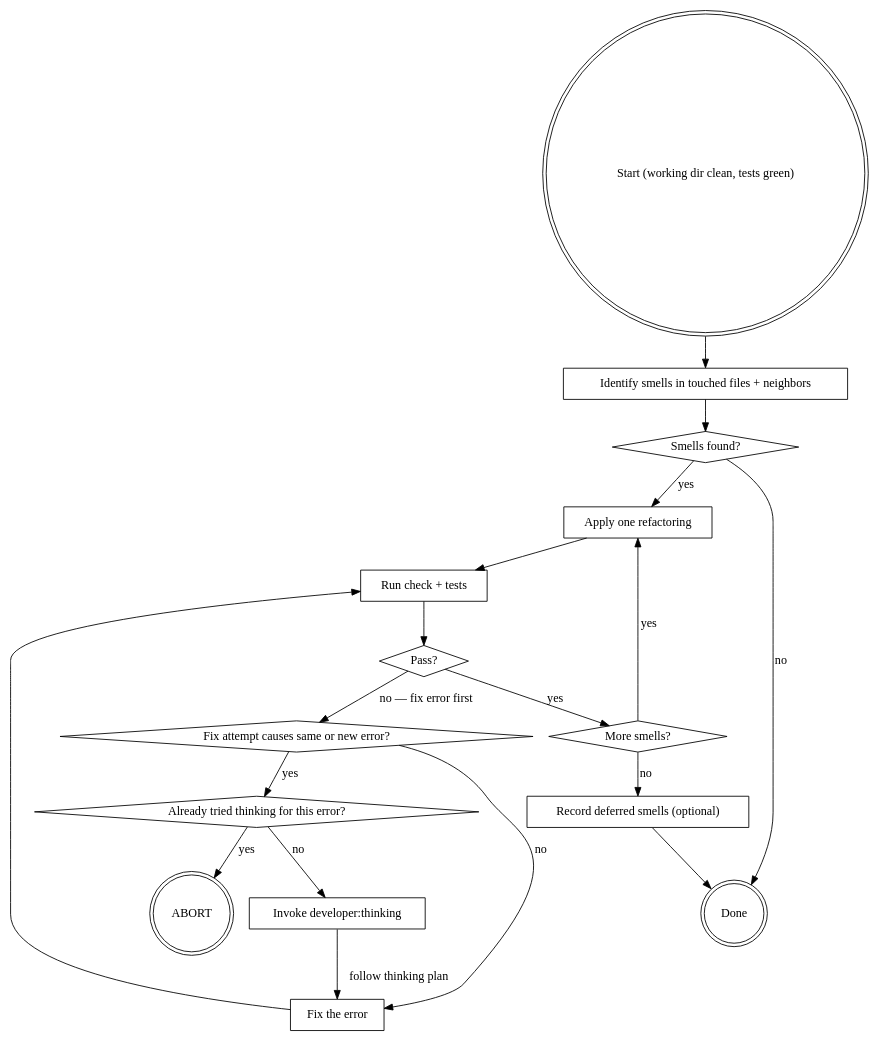
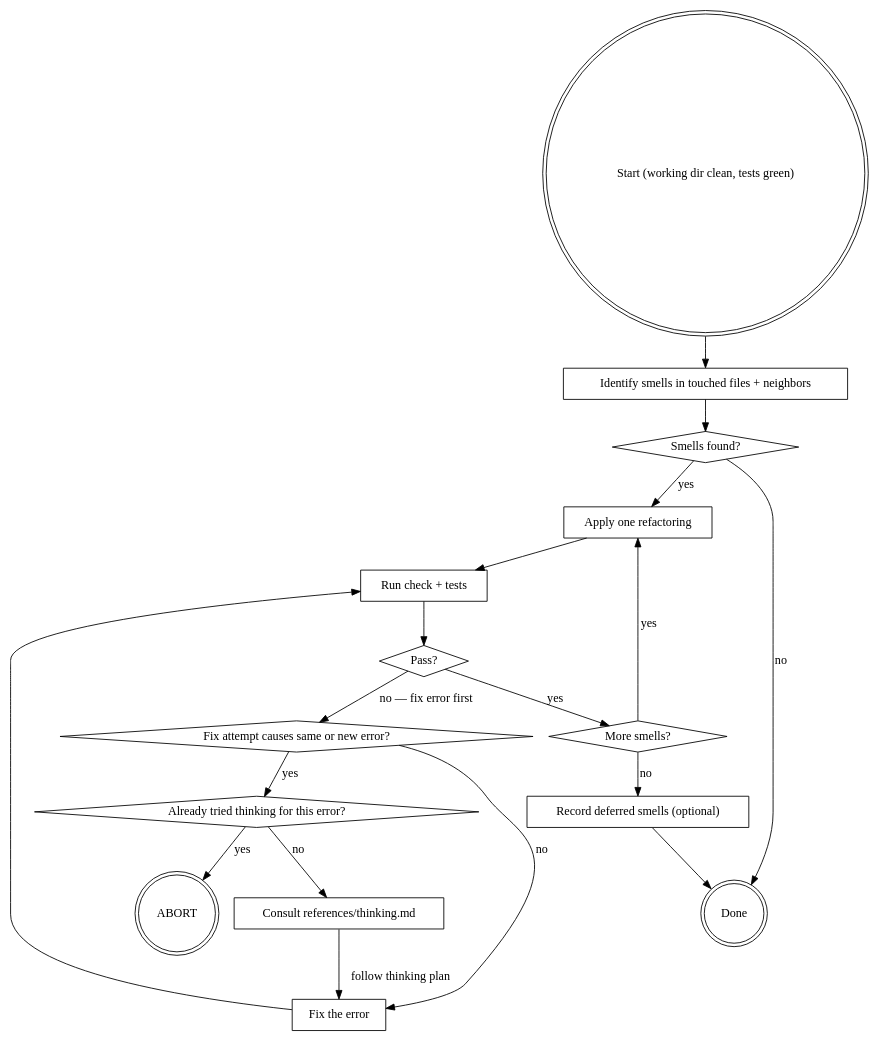
Before and after one commit to DavidSouther/domain-driven-design: the diagram in developer/skills/ailly/references/refactor.md, drawn with Graphviz. The commit also changed other lines of this file and 35 other files, not shown here.

````diff
--- a/developer/skills/ailly/references/refactor.md
+++ b/developer/skills/ailly/references/refactor.md
@@ -72,36 +72,36 @@
 ```dot
 digraph refactor {
     start [shape=doublecircle label="Start (working dir clean, tests green)"];
     identify [shape=box label="Identify smells in touched files + neighbors"];
     smells_found [shape=diamond label="Smells found?"];
     apply [shape=box label="Apply one refactoring"];
     run_checks [shape=box label="Run check + tests"];
     pass [shape=diamond label="Pass?"];
     fix_causes_error [shape=diamond label="Fix attempt causes same or new error?"];
     tried_thinking [shape=diamond label="Already tried thinking for this error?"];
-    invoke_thinking [shape=box label="Invoke developer:thinking"];
+    invoke_thinking [shape=box label="Consult references/thinking.md"];
     abort [shape=doublecircle label="ABORT"];
     fix_error [shape=box label="Fix the error"];
     more_smells [shape=diamond label="More smells?"];
     record_deferred [shape=box label="Record deferred smells (optional)"];
     done [shape=doublecircle label="Done"];
 
     start -> identify;
     identify -> smells_found;
     smells_found -> apply [label="yes"];
     smells_found -> done [label="no"];
     apply -> run_checks;
     run_checks -> pass;
     pass -> more_smells [label="yes"];
     pass -> fix_causes_error [label="no — fix error first"];
     fix_causes_error -> tried_thinking [label="yes"];
     fix_causes_error -> fix_error [label="no"];
     tried_thinking -> abort [label="yes"];
     tried_thinking -> invoke_thinking [label="no"];
     invoke_thinking -> fix_error [label="follow thinking plan"];
     fix_error -> run_checks;
     more_smells -> apply [label="yes"];
     more_smells -> record_deferred [label="no"];
     record_deferred -> done;
 }
 ```
````
